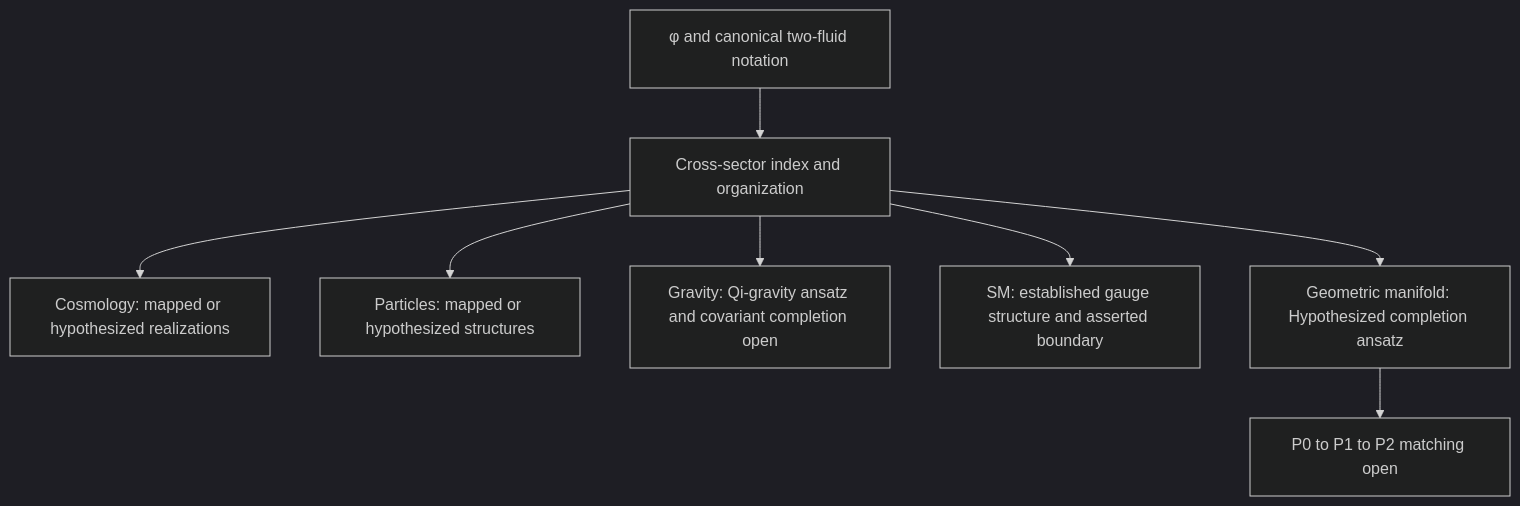
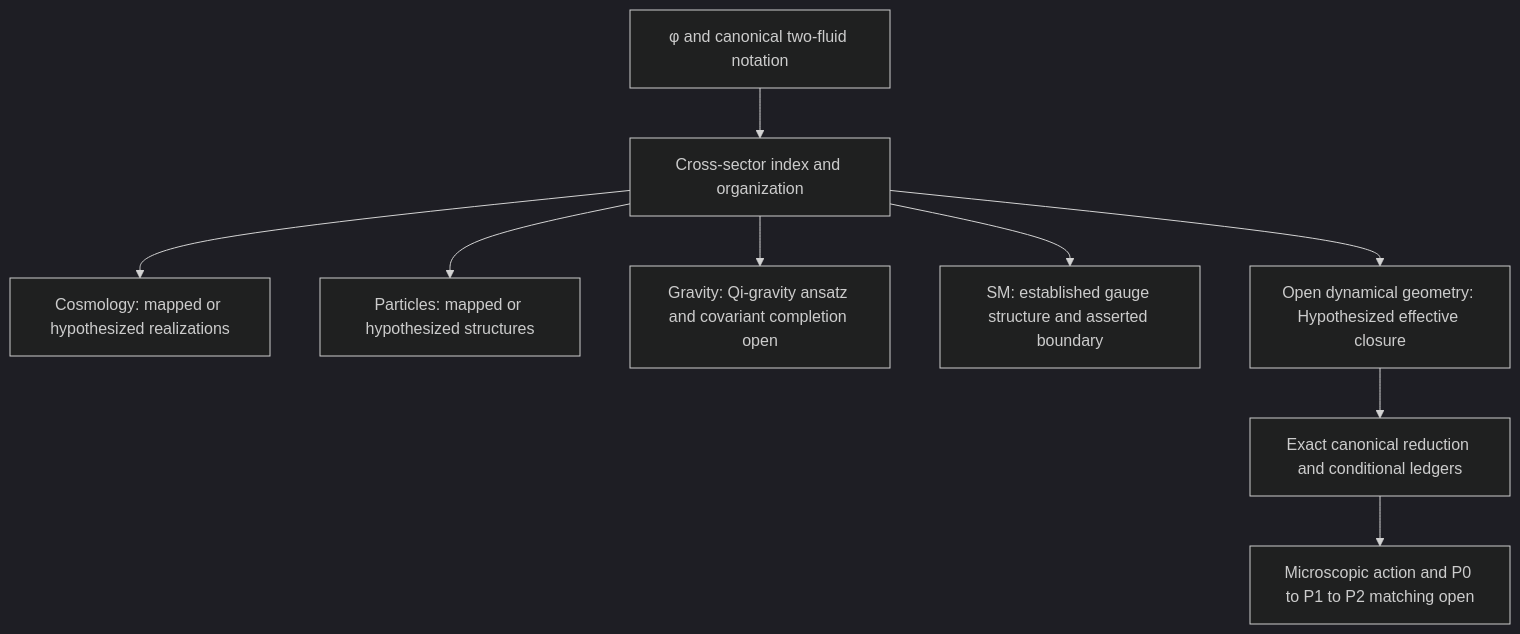
Diagram 28 of 37 in CassiTheory/open-questions-cassi-answers.md (CassiTheOracle/cassi), drawn with Mermaid (dark theme) before and after one commit. The commit also changed other lines of this file and 15 other files, not shown here.

Commit message:
feat: derive open dynamical geometry closure

````diff
--- a/CassiTheory/open-questions-cassi-answers.md
+++ b/CassiTheory/open-questions-cassi-answers.md
@@ -1101,10 +1105,11 @@
 ```mermaid
 flowchart TD
     A[φ and canonical two-fluid notation] --> B[Cross-sector index and organization]
     B --> C[Cosmology: mapped or hypothesized realizations]
     B --> D[Particles: mapped or hypothesized structures]
     B --> E[Gravity: Qi-gravity ansatz and covariant completion open]
     B --> F[SM: established gauge structure and asserted boundary]
-    B --> H[Geometric manifold: Hypothesized completion ansatz]
-    H --> G[P0 to P1 to P2 matching open]
+    B --> H[Open dynamical geometry: Hypothesized effective closure]
+    H --> I[Exact canonical reduction and conditional ledgers]
+    I --> G[Microscopic action and P0 to P1 to P2 matching open]
 ```
````
